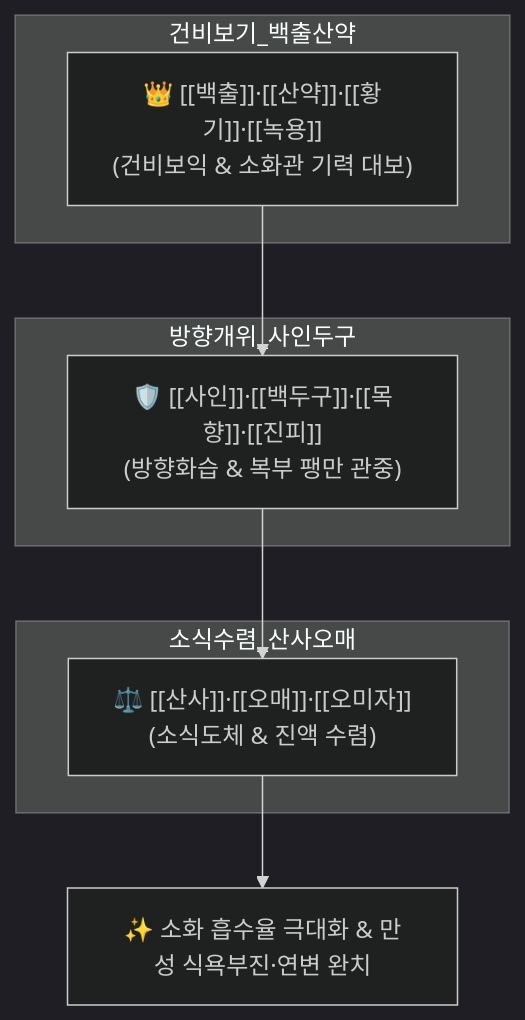
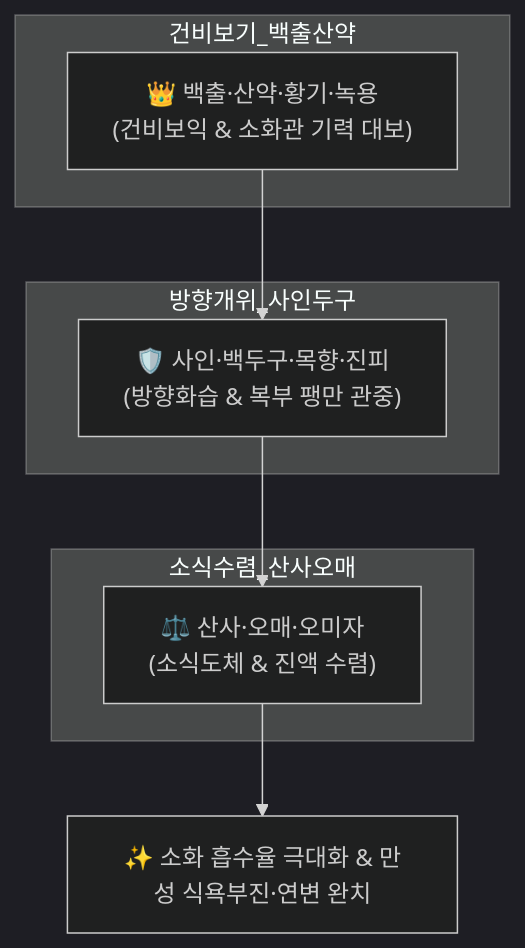
The diagram in content/2. 약리 공부/처방/02_보익제/보비위탕.md (simbio11/simbio-digital-garden2), drawn with Mermaid (dark theme) before and after one commit. The commit also changed other lines of this file and 323 other files, not shown here.

````diff
--- a/content/2. 약리 공부/처방/02_보익제/보비위탕.md
+++ b/content/2. 약리 공부/처방/02_보익제/보비위탕.md
@@ -49,15 +51,15 @@
 ```mermaid
 graph TD
     subgraph 건비보기_백출산약
-        BC["👑 [[백출]]·[[산약]]·[[황기]]·[[녹용]]<br>(건비보익 & 소화관 기력 대보)"]
+        BC["👑 백출·산약·황기·녹용<br>(건비보익 & 소화관 기력 대보)"]
     end
     subgraph 방향개위_사인두구
-        SI["🛡️ [[사인]]·[[백두구]]·[[목향]]·[[진피]]<br>(방향화습 & 복부 팽만 관중)"]
+        SI["🛡️ 사인·백두구·목향·진피<br>(방향화습 & 복부 팽만 관중)"]
     end
     subgraph 소식수렴_산사오매
-        SS["⚖️ [[산사]]·[[오매]]·[[오미자]]<br>(소식도체 & 진액 수렴)"]
+        SS["⚖️ 산사·오매·오미자<br>(소식도체 & 진액 수렴)"]
     end
     BC --> SI
     SI --> SS
     SS --> Target["✨ 소화 흡수율 극대화 & 만성 식욕부진·연변 완치"]
 ```
````
